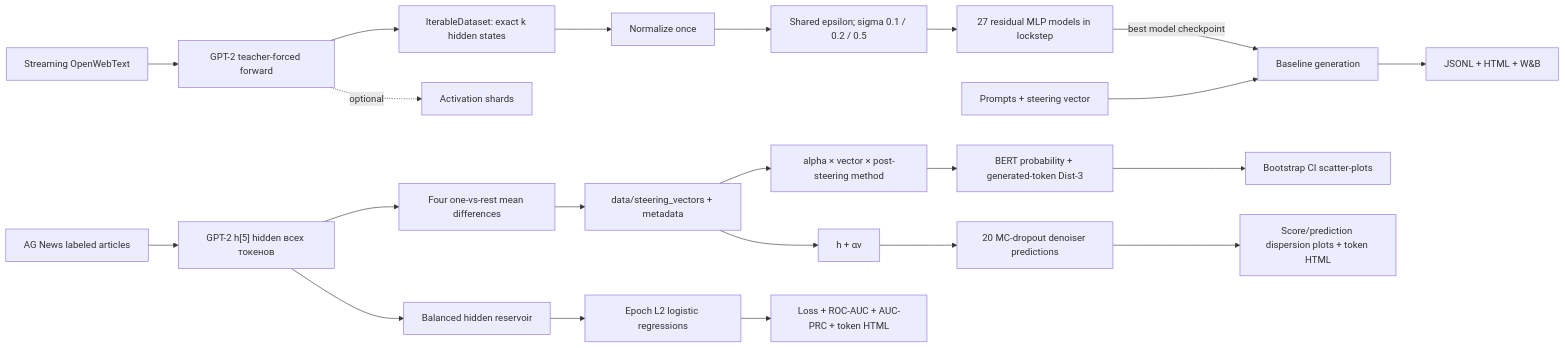
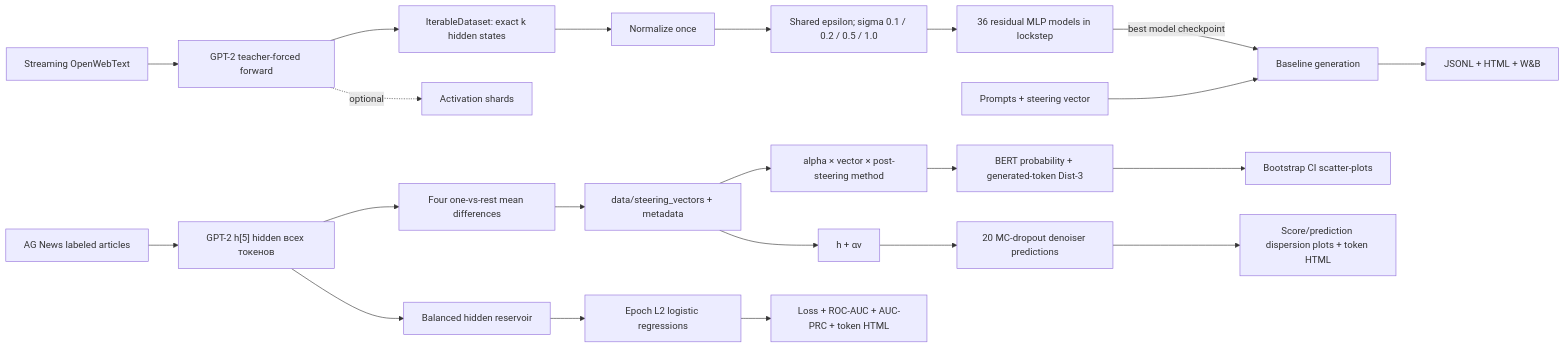
The diagram in docs/architecture.md (MichaelNotDeveloper/steering-recovery), drawn with Mermaid before and after one commit. The commit also changed other lines of this file and 10 other files, not shown here.

````diff
--- a/docs/architecture.md
+++ b/docs/architecture.md
@@ -62,24 +62,24 @@
 ```mermaid
 flowchart LR
     A["Streaming OpenWebText"] --> B["GPT-2 teacher-forced forward"]
     B --> C["IterableDataset: exact k hidden states"]
     C --> D["Normalize once"]
-    D --> E["Shared epsilon; sigma 0.1 / 0.2 / 0.5"]
-    E --> J["27 residual MLP models in lockstep"]
+    D --> E["Shared epsilon; sigma 0.1 / 0.2 / 0.5 / 1.0"]
+    E --> J["36 residual MLP models in lockstep"]
     B -. "optional" .-> I["Activation shards"]
     F["Prompts + steering vector"] --> G["Baseline generation"]
     J -->|"best model checkpoint"| G
     G --> H["JSONL + HTML + W&B"]
     K["AG News labeled articles"] --> L["GPT-2 h[5] hidden всех токенов"]
     L --> M["Four one-vs-rest mean differences"]
     M --> N["data/steering_vectors + metadata"]
     N --> O["alpha × vector × post-steering method"]
     O --> P["BERT probability + generated-token Dist-3"]
     P --> Q["Bootstrap CI scatter-plots"]
     L --> R["Balanced hidden reservoir"]
     R --> S["Epoch L2 logistic regressions"]
     S --> T["Loss + ROC-AUC + AUC-PRC + token HTML"]
     N --> U["h + αv"]
     U --> V["20 MC-dropout denoiser predictions"]
     V --> W["Score/prediction dispersion plots + token HTML"]
 ```
````
